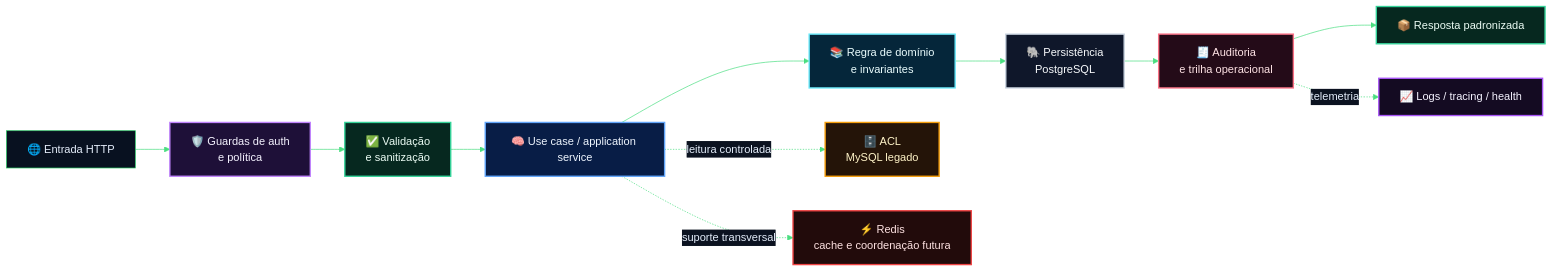
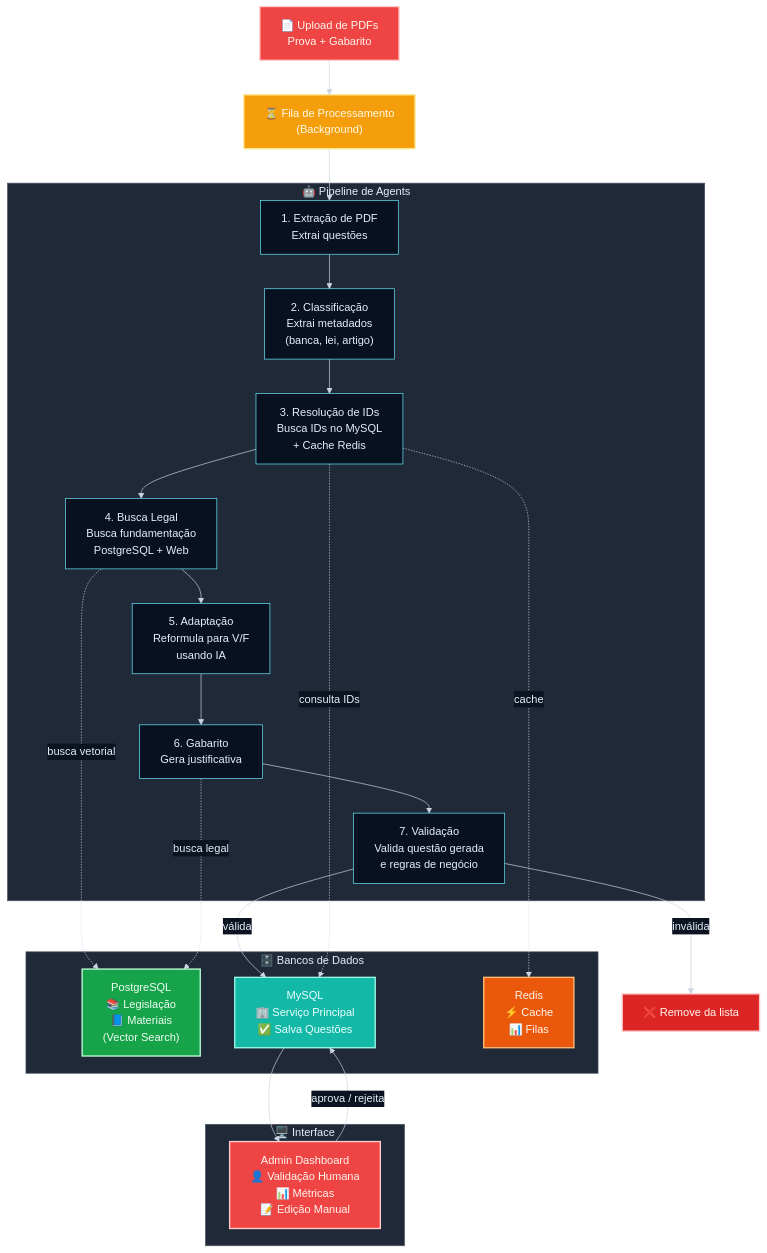
The sixth of 8 diagrams in README.md (matheusdiamantino-betalent/IA), drawn with Mermaid before and after one commit. The commit also changed other lines of this file, not shown here.

````diff
--- a/README.md
+++ b/README.md
@@ -742,39 +1215,60 @@
 ```mermaid
 %%{init: {'theme':'base','themeVariables': {
   'background':'#020617',
   'primaryColor':'#081120',
   'primaryTextColor':'#e5eefb',
-  'primaryBorderColor':'#22c55e',
-  'lineColor':'#4ade80',
+  'primaryBorderColor':'#67e8f9',
+  'lineColor':'#cbd5e1',
   'secondaryColor':'#0b1220',
   'secondaryTextColor':'#e5eefb',
   'tertiaryColor':'#111827',
   'tertiaryTextColor':'#e5eefb',
-  'clusterBkg':'#040816',
-  'clusterBorder':'#22d3ee',
+  'clusterBkg':'#1f2937',
+  'clusterBorder':'#4b5563',
   'fontFamily':'Inter, Segoe UI, Arial'
 }}}%%
-flowchart LR
-    A["🌐 Entrada HTTP"] --> B["🛡️ Guardas de auth<br/>e política"]
-    B --> C["✅ Validação<br/>e sanitização"]
-    C --> D["🧠 Use case / application service"]
-    D --> E["📚 Regra de domínio<br/>e invariantes"]
-    E --> F["🐘 Persistência<br/>PostgreSQL"]
-    F --> G["🧾 Auditoria<br/>e trilha operacional"]
-    G --> H["📦 Resposta padronizada"]
+flowchart TD
+    UP["📄 Upload de PDFs<br/>Prova + Gabarito"]
+    QUEUE["⏳ Fila de Processamento<br/>(Background)"]
 
-    D -. leitura controlada .-> I["🗄️ ACL<br/>MySQL legado"]
-    D -. suporte transversal .-> J["⚡ Redis<br/>cache e coordenação futura"]
-    G -. telemetria .-> K["📈 Logs / tracing / health"]
+    subgraph PIPE["🤖 Pipeline de Agents"]
+        P1["1. Extração de PDF<br/>Extrai questões"]
+        P2["2. Classificação<br/>Extrai metadados<br/>(banca, lei, artigo)"]
+        P3["3. Resolução de IDs<br/>Busca IDs no MySQL<br/>+ Cache Redis"]
+        P4["4. Busca Legal<br/>Busca fundamentação<br/>PostgreSQL + Web"]
+        P5["5. Adaptação<br/>Reformula para V/F<br/>usando IA"]
+        P6["6. Gabarito<br/>Gera justificativa"]
+        P7["7. Validação<br/>Valida questão gerada<br/>e regras de negócio"]
+    end
 
-    style B fill:#1e1038,stroke:#c084fc,stroke-width:2px,color:#f5f3ff
-    style C fill:#06281f,stroke:#34d399,stroke-width:2px,color:#ecfdf5
-    style D fill:#081d46,stroke:#60a5fa,stroke-width:2px,color:#eff6ff
-    style E fill:#05263a,stroke:#67e8f9,stroke-width:2px,color:#ecfeff
-    style F fill:#0f172a,stroke:#cbd5e1,stroke-width:2px,color:#f8fafc
-    style G fill:#240b18,stroke:#fb7185,stroke-width:2px,color:#ffe4e6
-    style H fill:#06281f,stroke:#34d399,stroke-width:2px,color:#ecfdf5
-    style I fill:#241408,stroke:#f59e0b,stroke-width:2px,color:#fef3c7
-    style J fill:#220b0b,stroke:#ef4444,stroke-width:2px,color:#fee2e2
-    style K fill:#140b22,stroke:#a855f7,stroke-width:2px,color:#f5f3ff
+    INVALID["❌ Remove da lista"]
+
+    subgraph DB["🗄️ Bancos de Dados"]
+        PG["PostgreSQL<br/>📚 Legislação<br/>📘 Materiais<br/>(Vector Search)"]
+        MY["MySQL<br/>🏢 Serviço Principal<br/>✅ Salva Questões"]
+        RD["Redis<br/>⚡ Cache<br/>📊 Filas"]
+    end
+
+    subgraph UI["🖥️ Interface"]
+        ADM["Admin Dashboard<br/>👤 Validação Humana<br/>📊 Métricas<br/>📝 Edição Manual"]
+    end
+
+    UP --> QUEUE --> P1 --> P2 --> P3 --> P4 --> P5 --> P6 --> P7
+    P7 -->|válida| MY
+    P7 -->|inválida| INVALID
+
+    P3 -. consulta IDs .-> MY
+    P3 -. cache .-> RD
+    P4 -. busca vetorial .-> PG
+    P6 -. busca legal .-> PG
+    MY --> ADM
+    ADM -->|aprova / rejeita| MY
+
+    style UP fill:#ef4444,stroke:#fecaca,stroke-width:2px,color:#fff7ed
+    style QUEUE fill:#f59e0b,stroke:#fde68a,stroke-width:2px,color:#fffbeb
+    style INVALID fill:#dc2626,stroke:#fecaca,stroke-width:2px,color:#fff7ed
+    style PG fill:#16a34a,stroke:#bbf7d0,stroke-width:2px,color:#f0fdf4
+    style MY fill:#14b8a6,stroke:#99f6e4,stroke-width:2px,color:#ecfeff
+    style RD fill:#ea580c,stroke:#fdba74,stroke-width:2px,color:#fff7ed
+    style ADM fill:#ef4444,stroke:#fecaca,stroke-width:2px,color:#fff7ed
 ```
````
